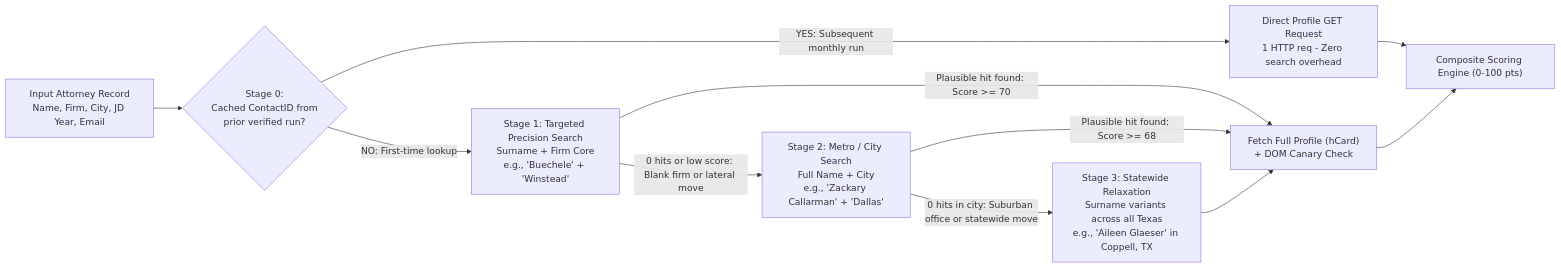
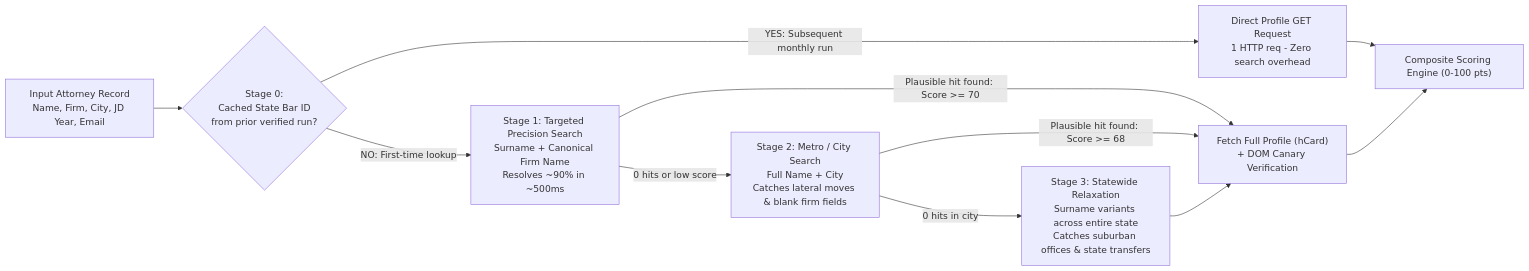
Before and after one commit to zebok/attorney-scrapper: the third of 4 diagrams in docs/DIAGRAMS_EN.md, drawn with Mermaid. The commit also changed other lines of this file and 8 other files, not shown here.

````diff
--- a/docs/DIAGRAMS_EN.md
+++ b/docs/DIAGRAMS_EN.md
@@ -93,20 +94,20 @@
 ```mermaid
 flowchart LR
-    IN["Input Attorney Record<br/>Name, Firm, City, JD Year, Email"] --> S0{"Stage 0:<br/>Cached ContactID from<br/>prior verified run?"}
+    IN["Input Attorney Record<br/>Name, Firm, City, JD Year, Email"] --> S0{"Stage 0:<br/>Cached State Bar ID<br/>from prior verified run?"}
     
     S0 -->|"YES: Subsequent monthly run"| DIRECT["Direct Profile GET Request<br/>1 HTTP req - Zero search overhead"]
     
-    S0 -->|"NO: First-time lookup"| S1["Stage 1: Targeted Precision Search<br/>Surname + Firm Core<br/>e.g., 'Buechele' + 'Winstead'"]
+    S0 -->|"NO: First-time lookup"| S1["Stage 1: Targeted Precision Search<br/>Surname + Canonical Firm Name<br/>Resolves ~90% in ~500ms"]
     
-    S1 -->|"Plausible hit found: Score >= 70"| EVAL["Fetch Full Profile (hCard)<br/>+ DOM Canary Check"]
+    S1 -->|"Plausible hit found: Score >= 70"| EVAL["Fetch Full Profile (hCard)<br/>+ DOM Canary Verification"]
     
-    S1 -->|"0 hits or low score: Blank firm or lateral move"| S2["Stage 2: Metro / City Search<br/>Full Name + City<br/>e.g., 'Zackary Callarman' + 'Dallas'"]
+    S1 -->|"0 hits or low score"| S2["Stage 2: Metro / City Search<br/>Full Name + City<br/>Catches lateral moves & blank firm fields"]
     
     S2 -->|"Plausible hit found: Score >= 68"| EVAL
     
-    S2 -->|"0 hits in city: Suburban office or statewide move"| S3["Stage 3: Statewide Relaxation<br/>Surname variants across all Texas<br/>e.g., 'Aileen Glaeser' in Coppell, TX"]
+    S2 -->|"0 hits in city"| S3["Stage 3: Statewide Relaxation<br/>Surname variants across entire state<br/>Catches suburban offices & state transfers"]
     
     S3 --> EVAL
     DIRECT --> SCORE["Composite Scoring Engine (0-100 pts)"]
     EVAL --> SCORE
 ```
````
